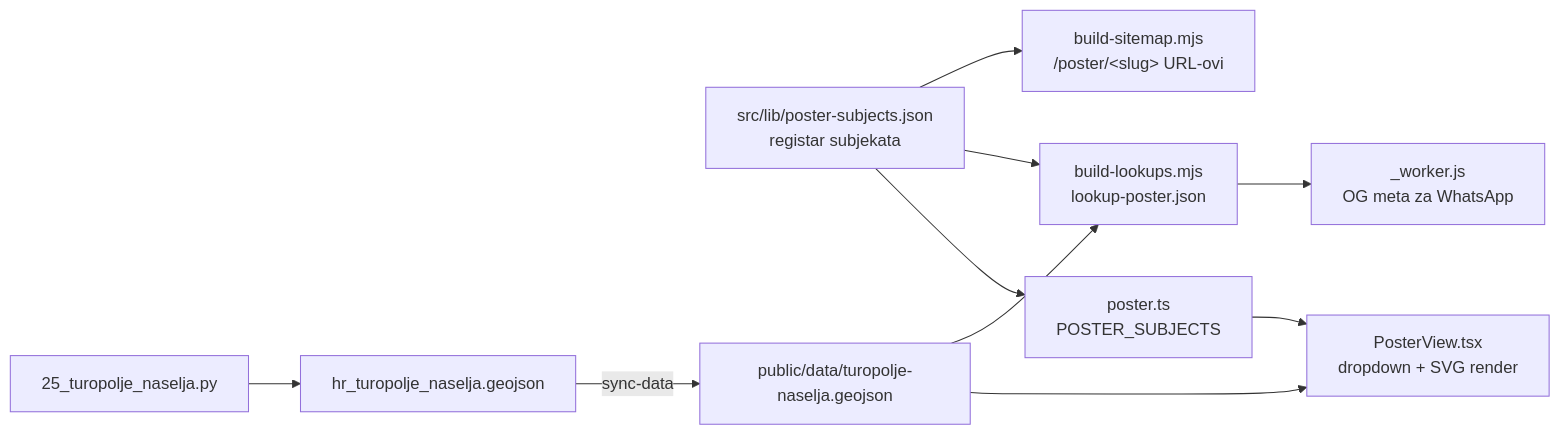
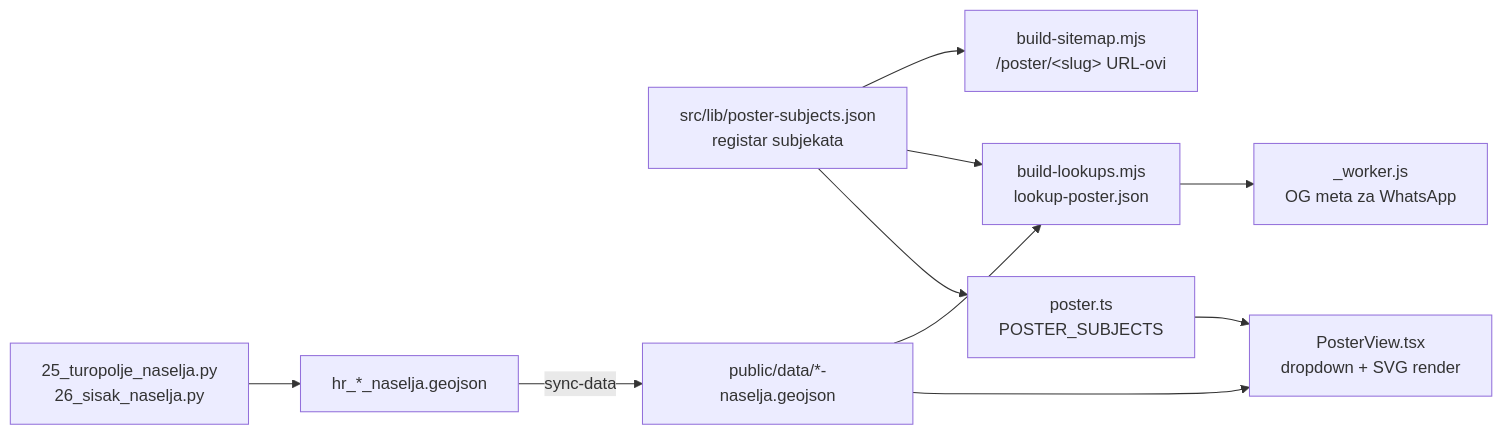
One commit to domovinatv/karta-hrvatske changed the diagram in apps/karta-web/docs/2026-08-28-poster-generator.md. Above: the diagram before and after it, drawn with Mermaid. The commit also changed other lines of this file and 8 other files, not shown here.

First line of the commit message:
feat(karta-web): plakati Sisak (36 naselja) i Sisak i okolica (92)

````diff
--- a/apps/karta-web/docs/2026-08-28-poster-generator.md
+++ b/apps/karta-web/docs/2026-08-28-poster-generator.md
@@ -31,12 +34,12 @@
 ```mermaid
 flowchart LR
     R["src/lib/poster-subjects.json<br/>registar subjekata"] --> A["poster.ts<br/>POSTER_SUBJECTS"]
     R --> B["build-lookups.mjs<br/>lookup-poster.json"]
     R --> C["build-sitemap.mjs<br/>/poster/&lt;slug&gt; URL-ovi"]
     A --> D["PosterView.tsx<br/>dropdown + SVG render"]
     B --> E["_worker.js<br/>OG meta za WhatsApp"]
-    P["25_turopolje_naselja.py"] --> F["hr_turopolje_naselja.geojson"]
-    F -- "sync-data" --> G["public/data/turopolje-naselja.geojson"]
+    P["25_turopolje_naselja.py<br/>26_sisak_naselja.py"] --> F["hr_*_naselja.geojson"]
+    F -- "sync-data" --> G["public/data/*-naselja.geojson"]
     G --> D
     G --> B
 ```
````
